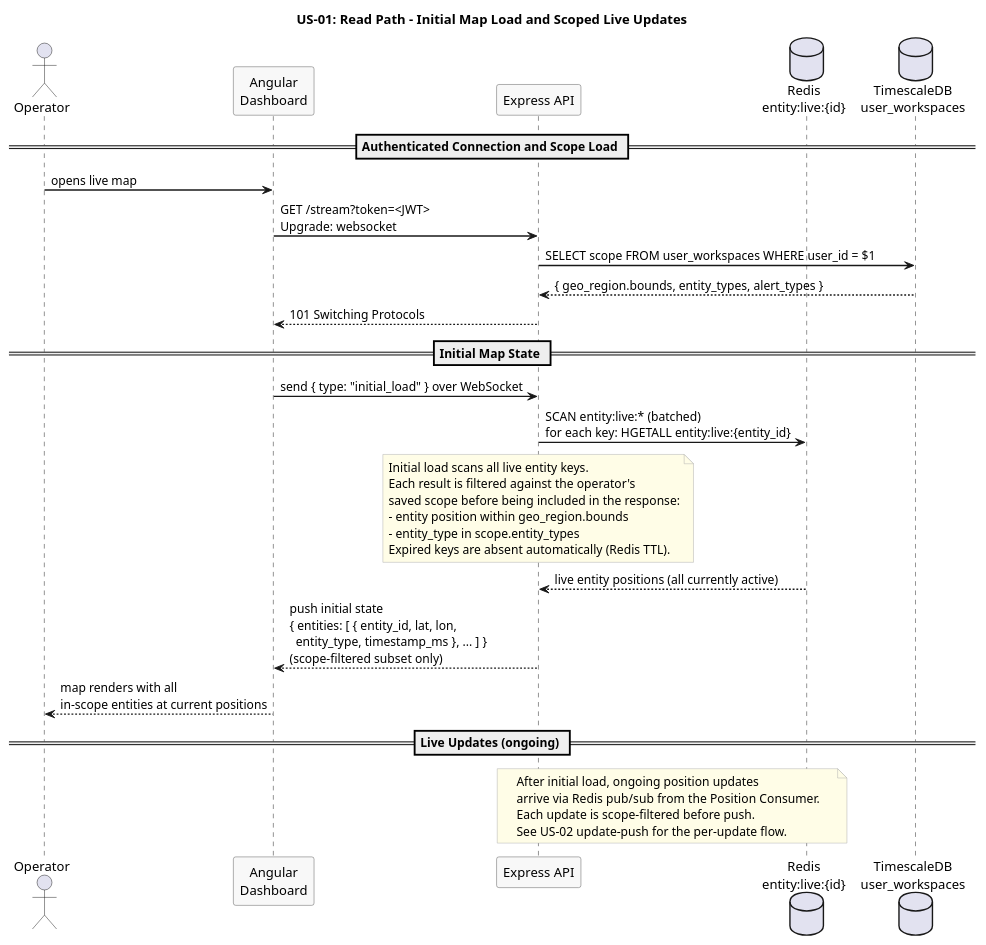
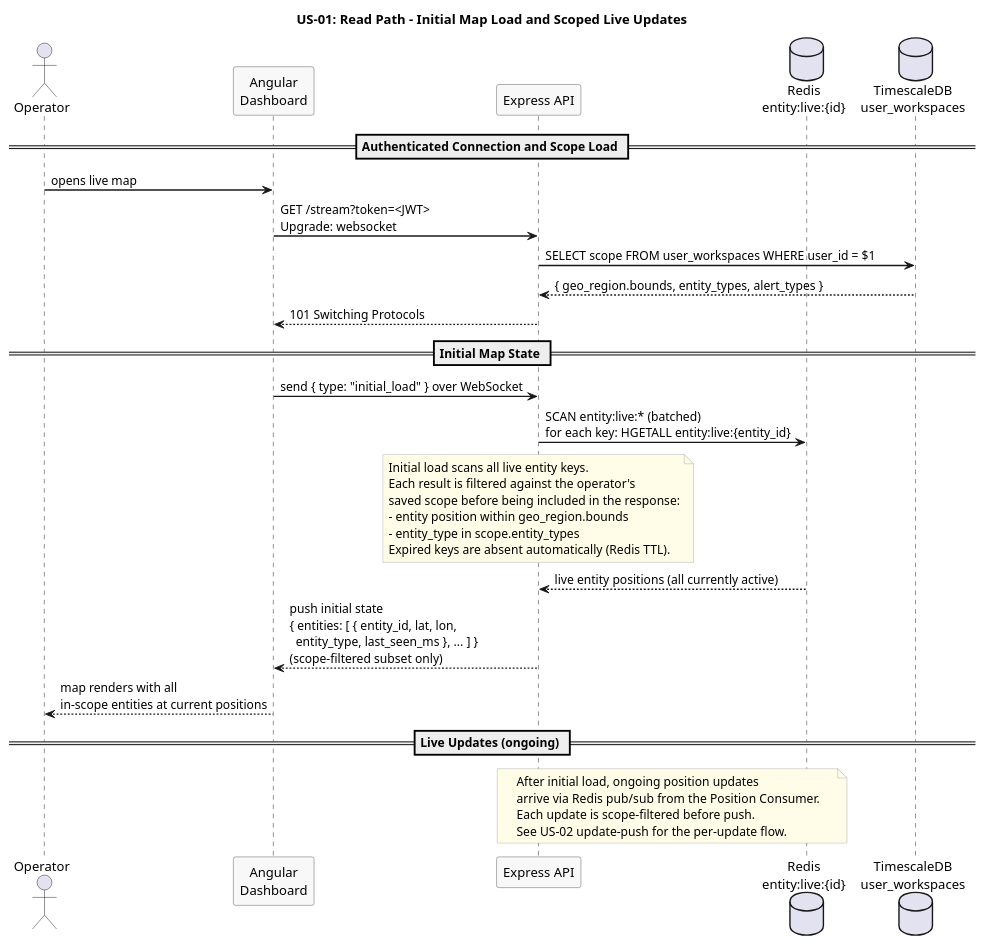
One commit to Buffden/sentinel changed the diagram in docs/use-cases/US-01-live-entity-tracking/read-path.puml. Above: the diagram before and after it, drawn with PlantUML. The commit also changed 7 other files, not shown here.

First line of the commit message:
docs: replace timestamp_ms with last_seen_ms in Redis hash contexts across flow diagrams

```diff
--- a/docs/use-cases/US-01-live-entity-tracking/read-path.puml
+++ b/docs/use-cases/US-01-live-entity-tracking/read-path.puml
@@ -1,56 +1,56 @@
 @startuml read-path
 title US-01: Read Path - Initial Map Load and Scoped Live Updates
 
 skinparam sequenceArrowThickness 1.5
 skinparam participantBorderColor #555555
 skinparam participantBackgroundColor #F8F8F8
 skinparam noteBorderColor #AAAAAA
 skinparam noteBackgroundColor #FFFDE7
 
 actor Operator
 participant "Angular\nDashboard" as Dashboard
 participant "Express API" as API
 database "Redis\nentity:live:{id}" as Redis
 database "TimescaleDB\nuser_workspaces" as TSDB
 
 == Authenticated Connection and Scope Load ==
 
 Operator -> Dashboard : opens live map
 Dashboard -> API : GET /stream?token=<JWT>\nUpgrade: websocket
 
 API -> TSDB : SELECT scope FROM user_workspaces WHERE user_id = $1
 TSDB --> API : { geo_region.bounds, entity_types, alert_types }
 
 API --> Dashboard : 101 Switching Protocols
 
 == Initial Map State ==
 
 Dashboard -> API : send { type: "initial_load" } over WebSocket
 
 API -> Redis : SCAN entity:live:* (batched)\nfor each key: HGETALL entity:live:{entity_id}
 
 note over API
   Initial load scans all live entity keys.
   Each result is filtered against the operator's
   saved scope before being included in the response:
   - entity position within geo_region.bounds
   - entity_type in scope.entity_types
   Expired keys are absent automatically (Redis TTL).
 end note
 
 Redis --> API : live entity positions (all currently active)
 
-API --> Dashboard : push initial state\n{ entities: [ { entity_id, lat, lon,\n  entity_type, timestamp_ms }, ... ] }\n(scope-filtered subset only)
+API --> Dashboard : push initial state\n{ entities: [ { entity_id, lat, lon,\n  entity_type, last_seen_ms }, ... ] }\n(scope-filtered subset only)
 
 Dashboard --> Operator : map renders with all\nin-scope entities at current positions
 
 == Live Updates (ongoing) ==
 
 note over API, Redis
   After initial load, ongoing position updates
   arrive via Redis pub/sub from the Position Consumer.
   Each update is scope-filtered before push.
   See US-02 update-push for the per-update flow.
 end note
 
 @enduml
```
